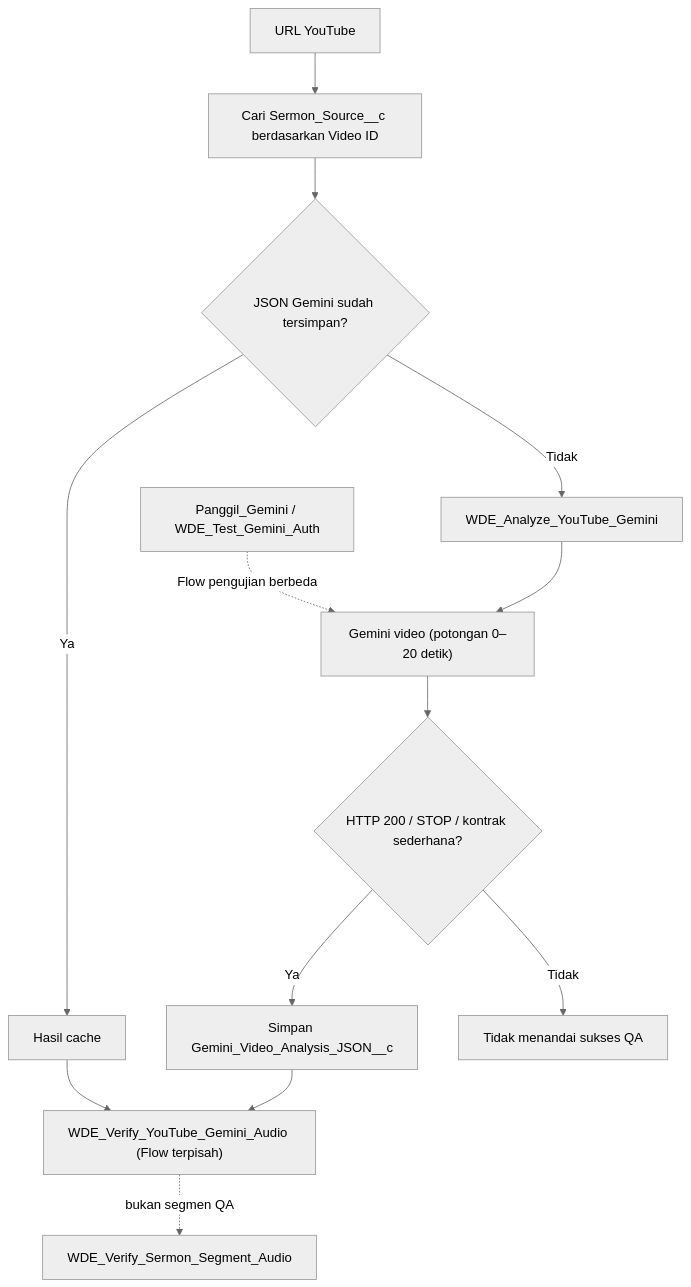
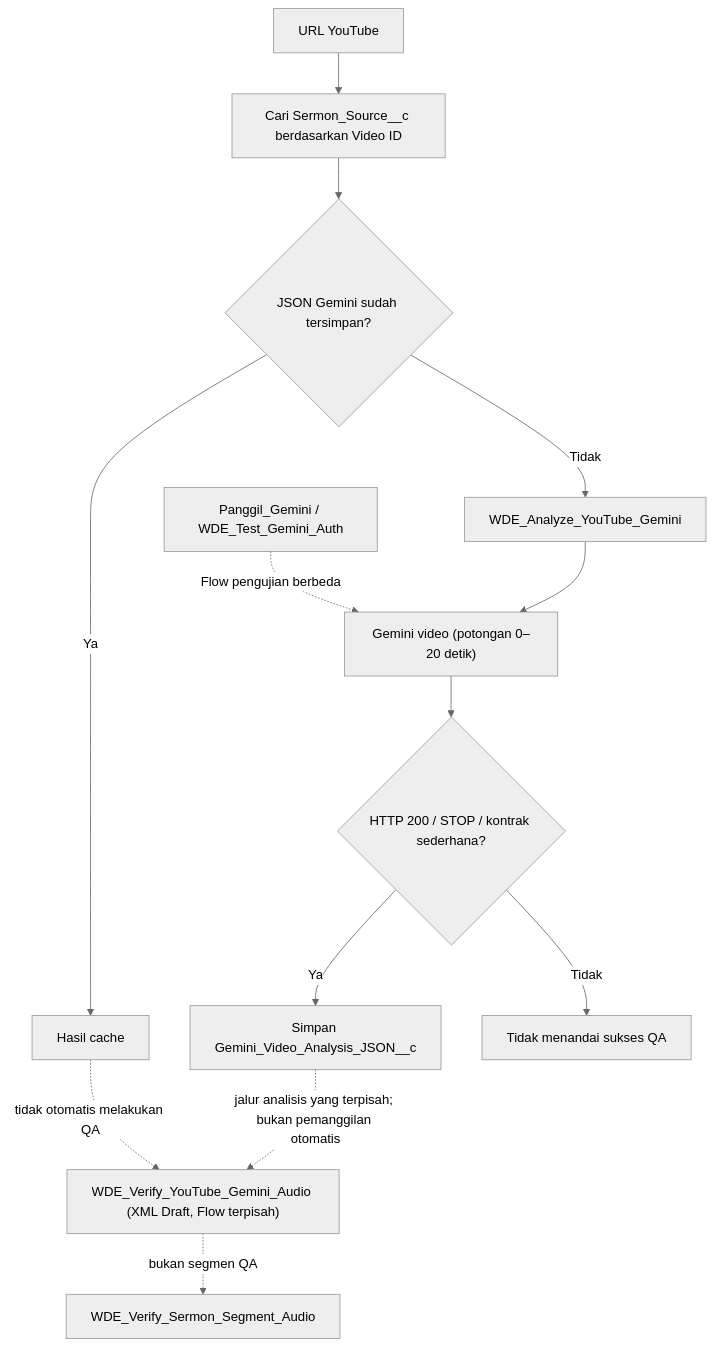
The tenth of 28 diagrams in SADD-WDE.md (jimmytobing/Syntetic-Wisdom), drawn with Mermaid (neutral theme) before and after one commit. The commit also changed other lines of this file, not shown here.

Commit message:
docs(wde): clarify async Flow XML status and non-automatic process links

````diff
--- a/SADD-WDE.md
+++ b/SADD-WDE.md
@@ -213,15 +213,15 @@
 ```mermaid
 flowchart TD
   Y["URL YouTube"] --> LOOK["Cari Sermon_Source__c berdasarkan Video ID"]
   LOOK --> CACHE{"JSON Gemini sudah tersimpan?"}
   CACHE -- "Ya" --> RETURN["Hasil cache"]
   CACHE -- "Tidak" --> ANALYZE["WDE_Analyze_YouTube_Gemini"]
   ANALYZE --> GEM["Gemini video (potongan 0–20 detik)"]
   GEM --> STATUS{"HTTP 200 / STOP / kontrak sederhana?"}
   STATUS -- "Ya" --> SAVE["Simpan Gemini_Video_Analysis_JSON__c"]
   STATUS -- "Tidak" --> FAIL["Tidak menandai sukses QA"]
-  SAVE --> SOURCEQA["WDE_Verify_YouTube_Gemini_Audio (Flow terpisah)"]
-  RETURN --> SOURCEQA
+  SAVE -. "jalur analisis yang terpisah; bukan pemanggilan otomatis" .-> SOURCEQA["WDE_Verify_YouTube_Gemini_Audio (XML Draft, Flow terpisah)"]
+  RETURN -. "tidak otomatis melakukan QA" .-> SOURCEQA
   SOURCEQA -. "bukan segmen QA" .-> SEGQA["WDE_Verify_Sermon_Segment_Audio"]
   TEST["Panggil_Gemini / WDE_Test_Gemini_Auth"] -. "Flow pengujian berbeda" .-> GEM
 ```
````
